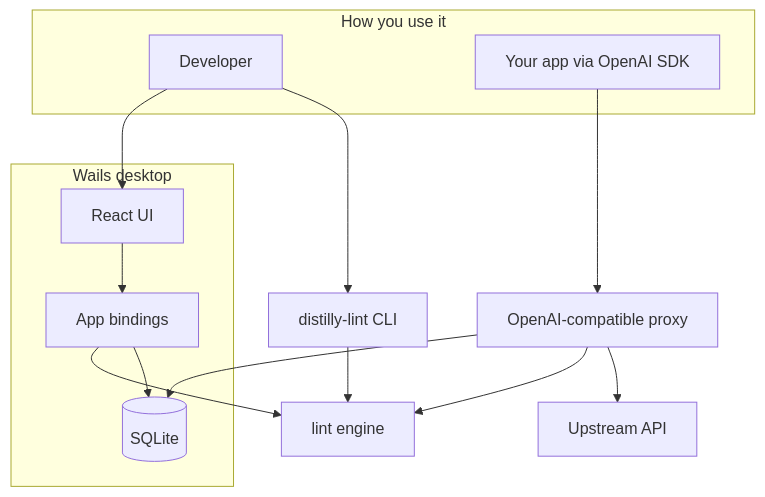
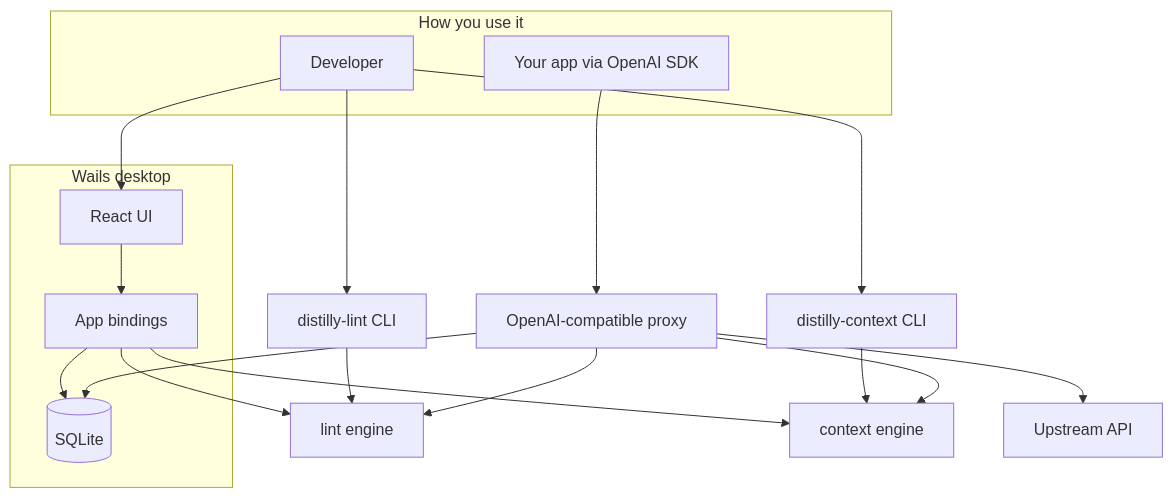
The first of 4 diagrams in docs/architecture.md (mcscottj/distilly), drawn with Mermaid before and after one commit. The commit also changed other lines of this file and 26 other files, not shown here.

First line of the commit message:
feat(context): add CLI, desktop workspace, proxy marker, and docs

````diff
--- a/docs/architecture.md
+++ b/docs/architecture.md
@@ -11,28 +11,33 @@
 ```mermaid
 flowchart TB
   subgraph users [How you use it]
     Dev[Developer]
     AppClient[Your app via OpenAI SDK]
   end
 
   subgraph desktop [Wails desktop]
     UI[React UI]
     App[App bindings]
     Store[(SQLite)]
   end
 
-  Engine[lint engine]
+  LintEngine[lint engine]
+  ContextEngine[context engine]
   Proxy[OpenAI-compatible proxy]
   Upstream[Upstream API]
 
   Dev --> UI
-  Dev --> CLI[distilly-lint CLI]
+  Dev --> LintCLI[distilly-lint CLI]
+  Dev --> ContextCLI[distilly-context CLI]
   AppClient --> Proxy
   UI --> App
-  App --> Engine
+  App --> LintEngine
+  App --> ContextEngine
   App --> Store
-  CLI --> Engine
-  Proxy --> Engine
+  LintCLI --> LintEngine
+  ContextCLI --> ContextEngine
+  Proxy --> ContextEngine
+  Proxy --> LintEngine
   Proxy --> Store
   Proxy --> Upstream
 ```
````
